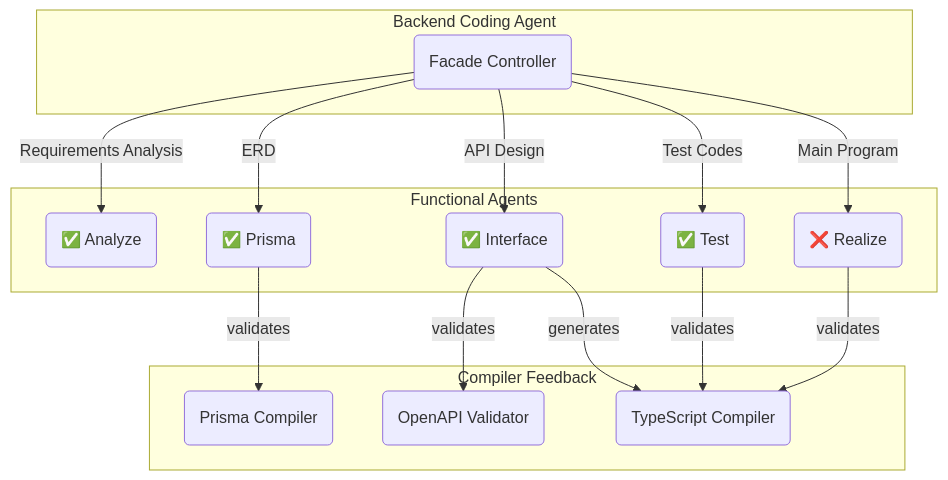
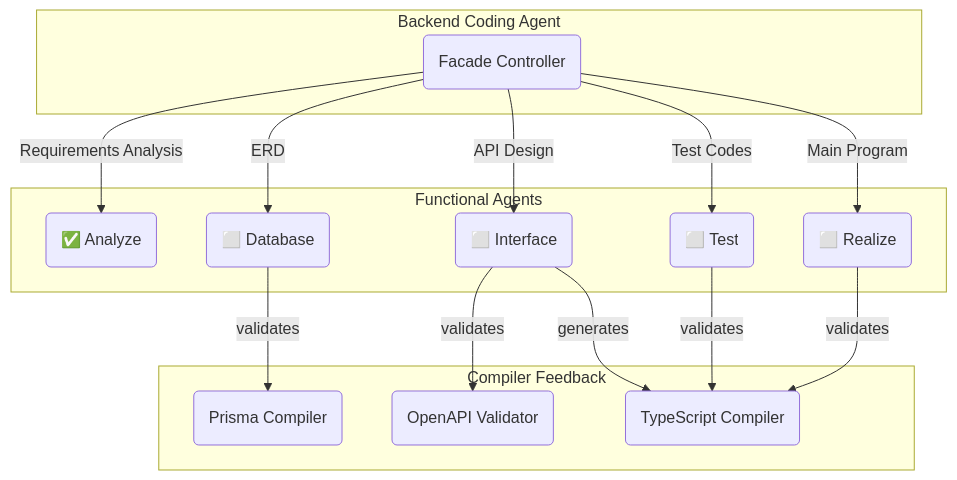
The diagram in qwen/qwen3-coder-exacto/reddit/README.md (wrtnlabs/autobe-examples), drawn with Mermaid before and after one commit. The commit also changed other lines of this file and 9391 other files, not shown here.

````diff
--- a/qwen/qwen3-coder-exacto/reddit/README.md
+++ b/qwen/qwen3-coder-exacto/reddit/README.md
@@ -14,20 +14,20 @@
 ```mermaid
 flowchart
 subgraph "Backend Coding Agent"
   coder("Facade Controller")
 end
 subgraph "Functional Agents"
   coder --"Requirements Analysis"--> analyze("✅ Analyze")
-  coder --"ERD"--> prisma("✅ Prisma")
-  coder --"API Design"--> interface("✅ Interface")
-  coder --"Test Codes" --> test("✅ Test")
-  coder --"Main Program" --> realize("❌ Realize")
+  coder --"ERD"--> database("⬜ Database")
+  coder --"API Design"--> interface("⬜ Interface")
+  coder --"Test Codes" --> test("⬜ Test")
+  coder --"Main Program" --> realize("⬜ Realize")
 end
 subgraph "Compiler Feedback"
-  prisma --"validates" --> prismaCompiler("Prisma Compiler")
+  database --"validates" --> prismaCompiler("Prisma Compiler")
   interface --"validates" --> openapiValidator("OpenAPI Validator")
   interface --"generates" --> tsCompiler("TypeScript Compiler")
   test --"validates" --> tsCompiler("TypeScript Compiler")
   realize --"validates" --> tsCompiler("TypeScript Compiler")
 end
 ```
````
